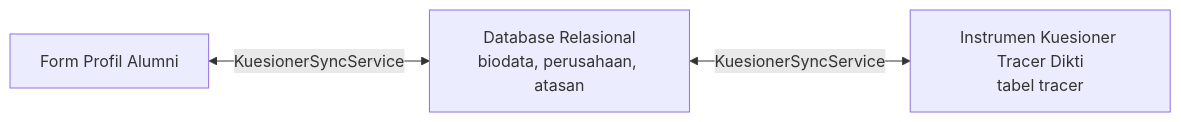
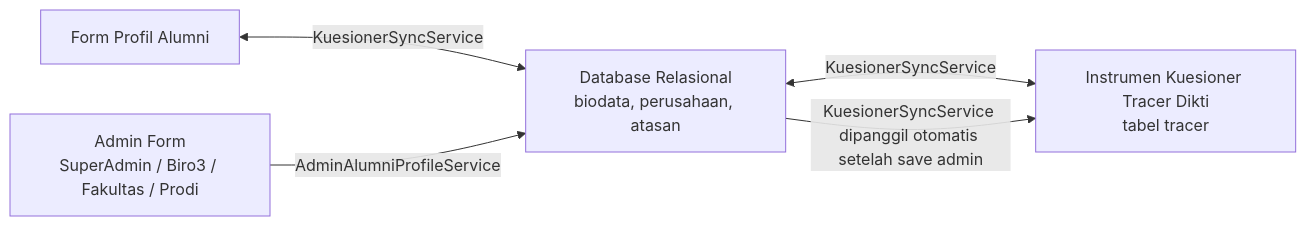
Before and after one commit to claraanjelitakd/tracer-ta: the diagram in DAFTAR_PERTANYAAN_MAPPING.md, drawn with Mermaid. The commit also changed other lines of this file and 16 other files, not shown here.

Commit message:
docs: update UPDATE_LOG, DAFTAR_PERTANYAAN_MAPPING, README + enhance AdminAlumniProfileService PHPDoc

````diff
--- a/DAFTAR_PERTANYAAN_MAPPING.md
+++ b/DAFTAR_PERTANYAAN_MAPPING.md
@@ -97,5 +103,7 @@
 ```mermaid
 graph LR
     A[Form Profil Alumni] <-->|KuesionerSyncService| B[Database Relasional<br/>biodata, perusahaan, atasan]
     B <-->|KuesionerSyncService| C[Instrumen Kuesioner Tracer Dikti<br/>tabel tracer]
+    D[Admin Form<br/>SuperAdmin / Biro3 / Fakultas / Prodi] -->|AdminAlumniProfileService| B
+    B -->|KuesionerSyncService dipanggil otomatis setelah save admin| C
 ```
````
